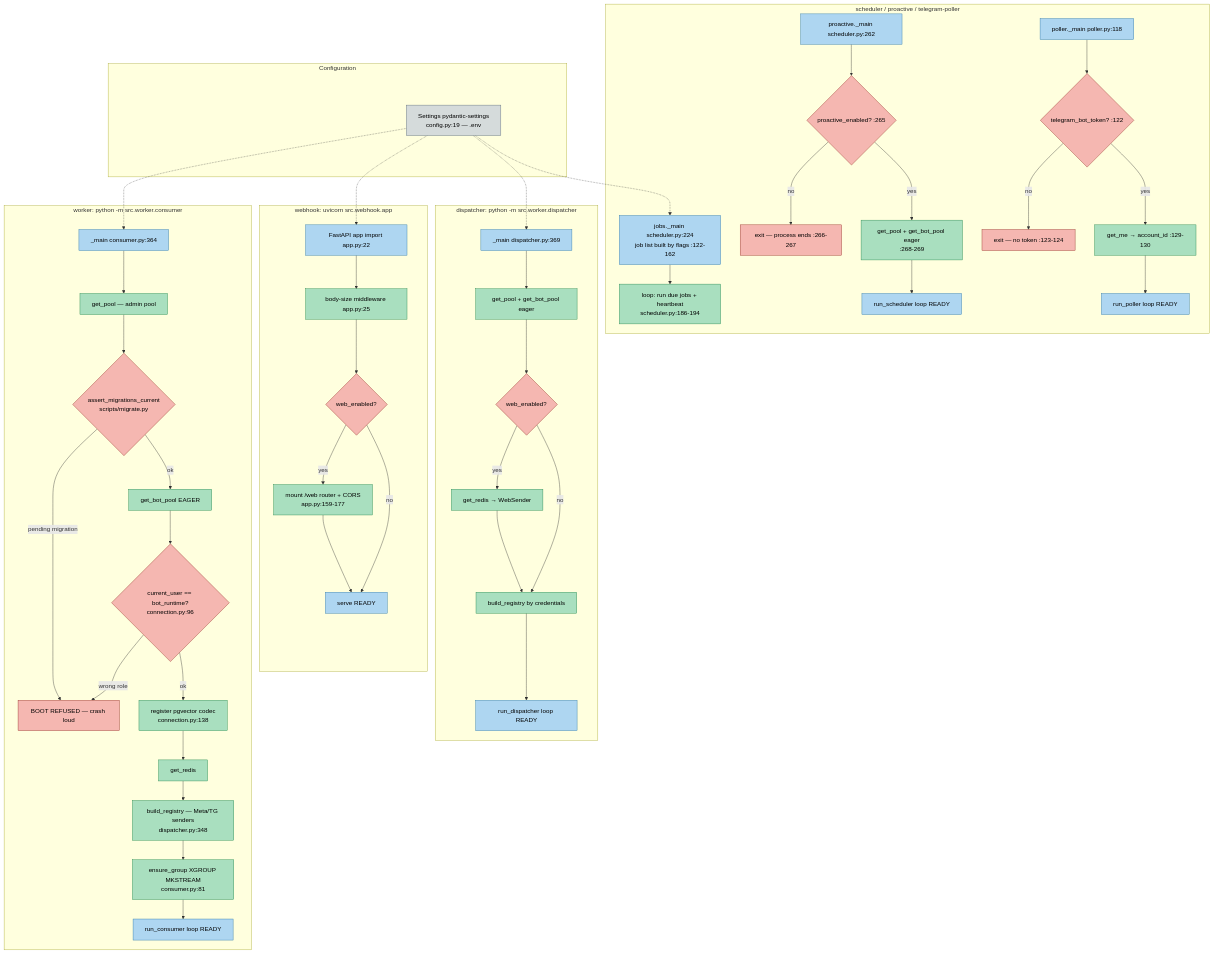
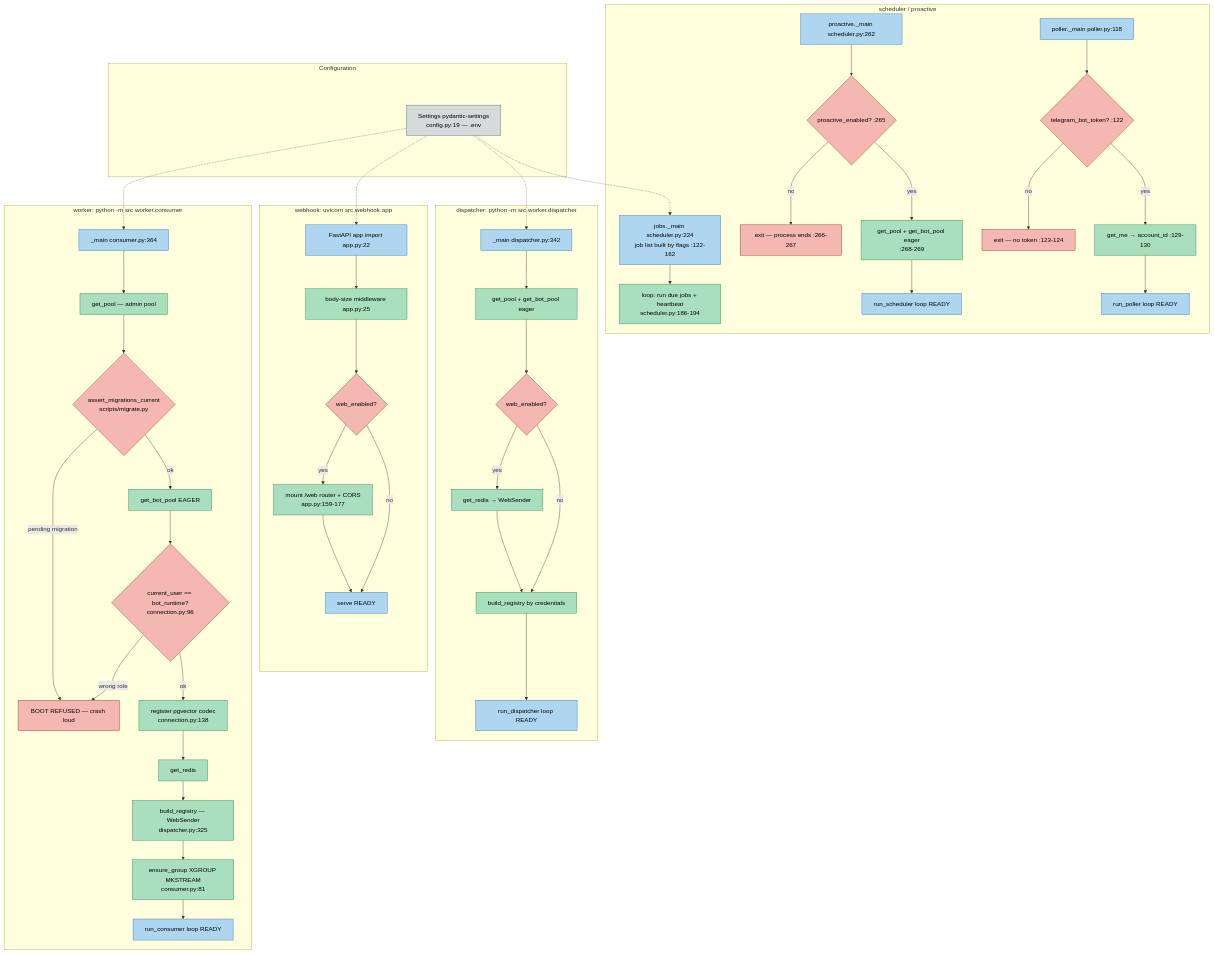
Before and after one commit to AdiBoaru/Sales-Ass: the second of 19 diagrams in docs/ARCHITECTURE-WORKFLOWS.md, drawn with Mermaid. The commit also changed other lines of this file and 13 other files, not shown here.

````diff
--- a/docs/ARCHITECTURE-WORKFLOWS.md
+++ b/docs/ARCHITECTURE-WORKFLOWS.md
@@ -197,81 +180,81 @@
 ```mermaid
 flowchart TD
   classDef proc fill:#aed6f1,stroke:#2874a6,color:#000
   classDef step fill:#a9dfbf,stroke:#1e8449,color:#000
   classDef gate fill:#f5b7b1,stroke:#922b21,color:#000
   classDef db fill:#d5dbdb,stroke:#566573,color:#000
 
   subgraph WorkerBoot["worker: python -m src.worker.consumer"]
     W0["_main consumer.py:364"]:::proc
     W1["get_pool — admin pool"]:::step
     W2{"assert_migrations_current<br/>scripts/migrate.py"}:::gate
     W3["get_bot_pool EAGER"]:::step
     W4{"current_user == bot_runtime?<br/>connection.py:96"}:::gate
     W5["register pgvector codec<br/>connection.py:138"]:::step
     W6["get_redis"]:::step
-    W7["build_registry — Meta/TG senders<br/>dispatcher.py:348"]:::step
+    W7["build_registry — WebSender<br/>dispatcher.py:325"]:::step
     W8["ensure_group XGROUP MKSTREAM<br/>consumer.py:81"]:::step
     W9["run_consumer loop READY"]:::proc
     WFAIL["BOOT REFUSED — crash loud"]:::gate
   end
 
   subgraph WebhookBoot["webhook: uvicorn src.webhook.app"]
     A0["FastAPI app import app.py:22"]:::proc
     A1["body-size middleware app.py:25"]:::step
     A2{"web_enabled?"}:::gate
     A3["mount /web router + CORS<br/>app.py:159-177"]:::step
     A4["serve READY"]:::proc
   end
 
   subgraph DispatcherBoot["dispatcher: python -m src.worker.dispatcher"]
-    D0["_main dispatcher.py:369"]:::proc
+    D0["_main dispatcher.py:342"]:::proc
     D1["get_pool + get_bot_pool eager"]:::step
     D2{"web_enabled?"}:::gate
     D3["get_redis → WebSender"]:::step
     D4["build_registry by credentials"]:::step
     D5["run_dispatcher loop READY"]:::proc
   end
 
-  subgraph OtherBoot["scheduler / proactive / telegram-poller"]
+  subgraph OtherBoot["scheduler / proactive"]
     J0["jobs._main scheduler.py:224<br/>job list built by flags :122-162"]:::proc
     J1["loop: run due jobs + heartbeat<br/>scheduler.py:186-194"]:::step
     P0["proactive._main scheduler.py:262"]:::proc
     P1{"proactive_enabled? :265"}:::gate
     P2["get_pool + get_bot_pool eager<br/>:268-269"]:::step
     P3["run_scheduler loop READY"]:::proc
     PX["exit — process ends :266-267"]:::gate
     T0["poller._main poller.py:118"]:::proc
     T1{"telegram_bot_token? :122"}:::gate
     T2["get_me → account_id :129-130"]:::step
     T3["run_poller loop READY"]:::proc
     TX2["exit — no token :123-124"]:::gate
   end
 
   subgraph Config["Configuration"]
     CFG["Settings pydantic-settings<br/>config.py:19 — .env"]:::db
   end
 
   CFG -.-> W0
   CFG -.-> A0
   CFG -.-> D0
   CFG -.-> J0
   J0 --> J1
   P0 --> P1
   P1 -- no --> PX
   P1 -- yes --> P2 --> P3
   T0 --> T1
   T1 -- no --> TX2
   T1 -- yes --> T2 --> T3
   W0 --> W1 --> W2
   W2 -- "pending migration" --> WFAIL
   W2 -- ok --> W3 --> W4
   W4 -- "wrong role" --> WFAIL
   W4 -- ok --> W5 --> W6 --> W7 --> W8 --> W9
   A0 --> A1 --> A2
   A2 -- yes --> A3 --> A4
   A2 -- no --> A4
   D0 --> D1 --> D2
   D2 -- yes --> D3 --> D4
   D2 -- no --> D4
   D4 --> D5
 ```
````
